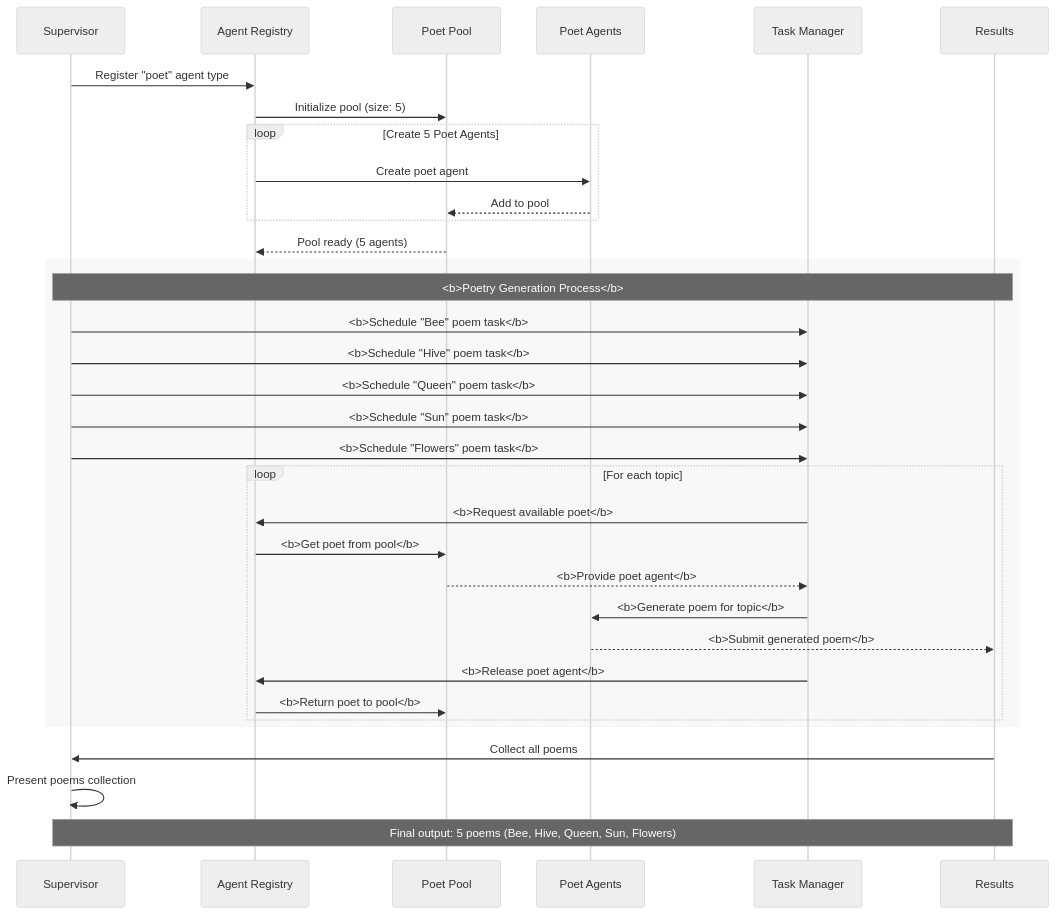
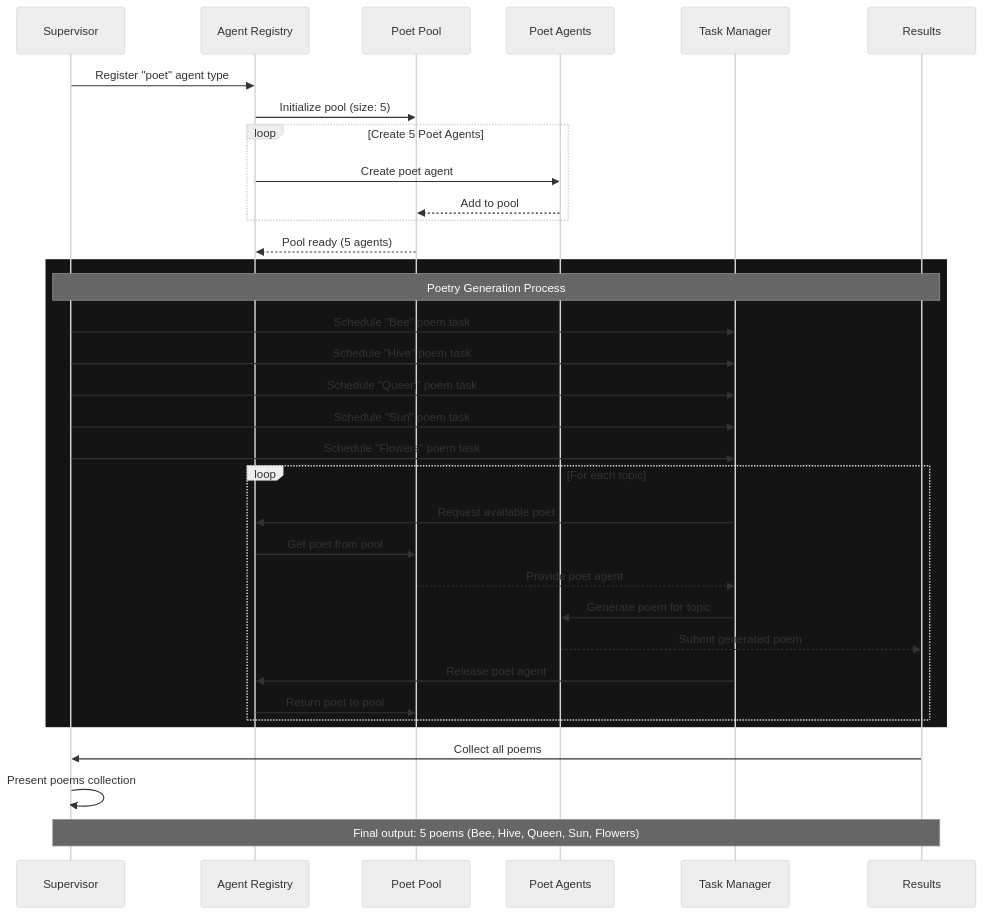
The second of 2 diagrams in README.md (aleskalfas/bee-supervisor-poc), drawn with Mermaid (neutral theme) before and after one commit. The commit also changed other lines of this file, not shown here.

Commit message:
fix: diagrams colors

````diff
--- a/README.md
+++ b/README.md
@@ -107,47 +107,47 @@
 ```mermaid
 sequenceDiagram
     participant S as Supervisor
     participant AR as Agent Registry
     participant P as Poet Pool
     participant A as Poet Agents
     participant T as Task Manager
     participant R as Results
 
     %% Agent Type Registration and Pool Creation
     S->>AR: Register "poet" agent type
     AR->>P: Initialize pool (size: 5)
     loop Create 5 Poet Agents
         AR->>A: Create poet agent
         A-->>P: Add to pool
     end
     P-->>AR: Pool ready (5 agents)
 
     %% Task Distribution
-    rect rgb(248, 248, 248)
-        Note over S,R: <b>Poetry Generation Process</b>
+    rect rgb(20, 20, 20)
+        Note over S,R: Poetry Generation Process
         
         %% Schedule Tasks
-        S->>T: <b>Schedule "Bee" poem task</b>
-        S->>T: <b>Schedule "Hive" poem task</b>
-        S->>T: <b>Schedule "Queen" poem task</b>
-        S->>T: <b>Schedule "Sun" poem task</b>
-        S->>T: <b>Schedule "Flowers" poem task</b>
+        S->>T: Schedule "Bee" poem task
+        S->>T: Schedule "Hive" poem task
+        S->>T: Schedule "Queen" poem task
+        S->>T: Schedule "Sun" poem task
+        S->>T: Schedule "Flowers" poem task
 
         %% Task Execution
         loop For each topic
-            T->>AR: <b>Request available poet</b>
-            AR->>P: <b>Get poet from pool</b>
-            P-->>T: <b>Provide poet agent</b>
-            T->>A: <b>Generate poem for topic</b>
-            A-->>R: <b>Submit generated poem</b>
-            T->>AR: <b>Release poet agent</b>
-            AR->>P: <b>Return poet to pool</b>
+            T->>AR: Request available poet
+            AR->>P: Get poet from pool
+            P-->>T: Provide poet agent
+            T->>A: Generate poem for topic
+            A-->>R: Submit generated poem
+            T->>AR: Release poet agent
+            AR->>P: Return poet to pool
         end
     end
 
     %% Result Collection
     R->>S: Collect all poems
     S->>S: Present poems collection
 
     Note over S,R: Final output: 5 poems (Bee, Hive, Queen, Sun, Flowers)
 ```
````
